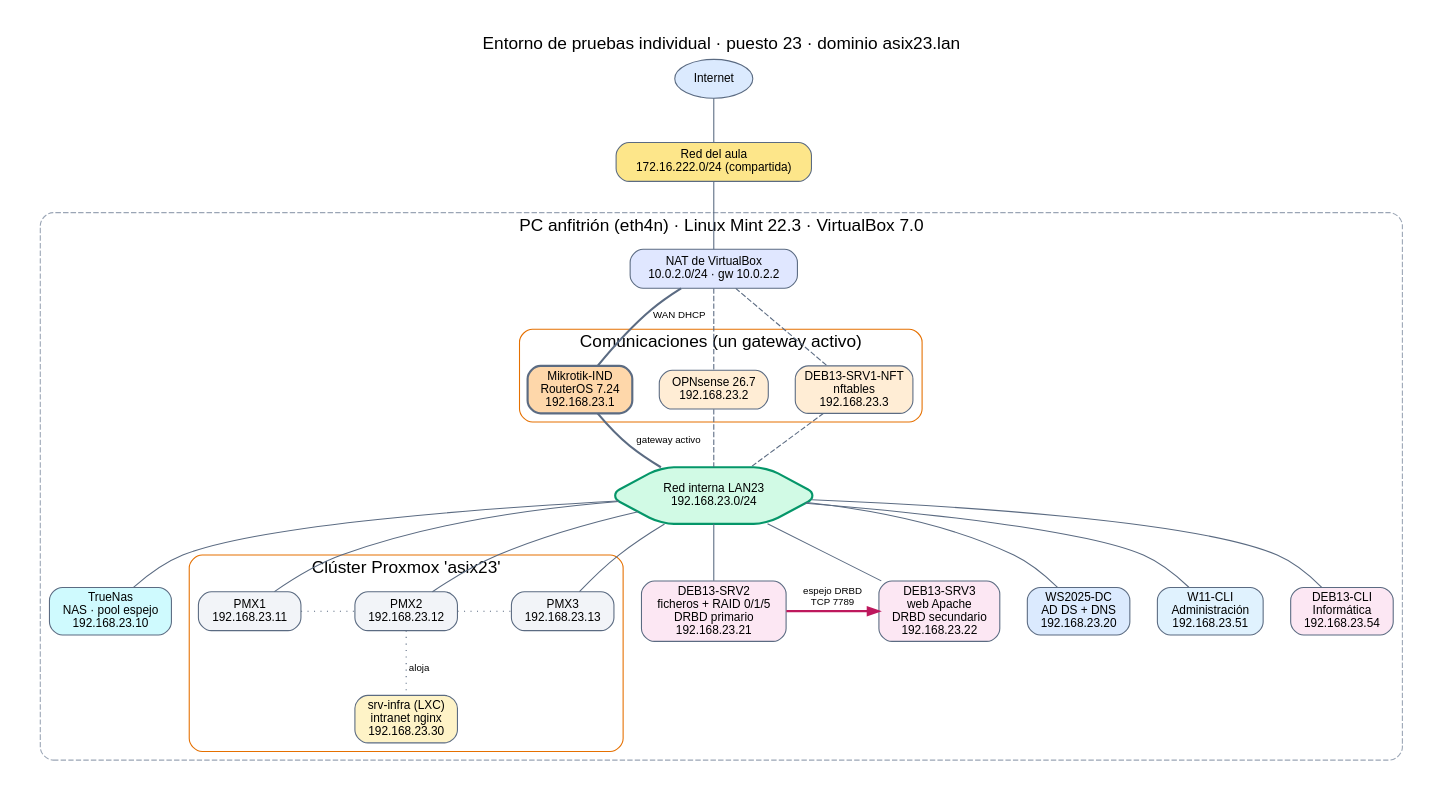
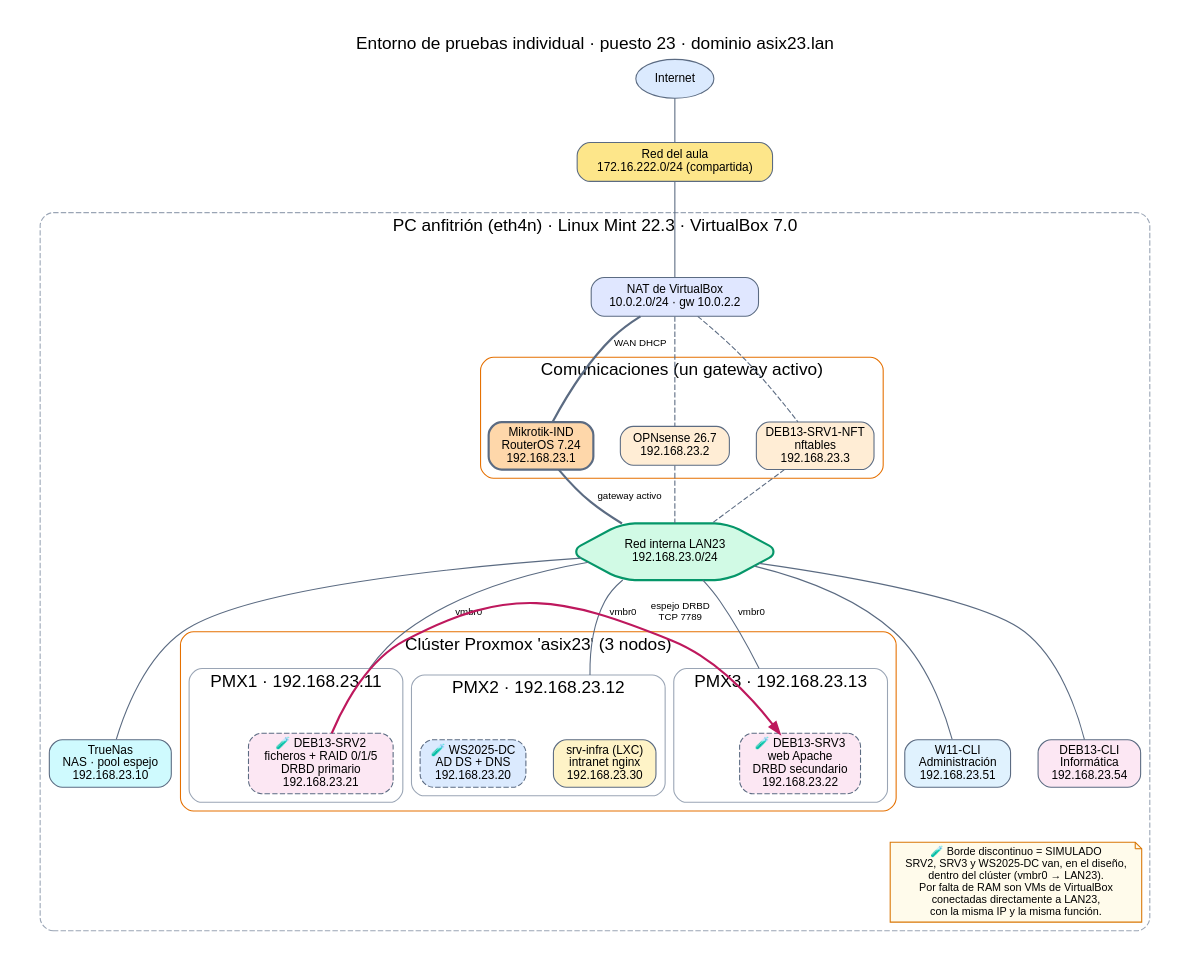
Before and after one commit to ethan3232/iso-naix-un-sistema-individual: the diagram in diagrames/esquema-red.dot, drawn with Graphviz. The commit also changed 6 other files, not shown here.

Commit message:
Esquema de red: DEB13-SRV2, DEB13-SRV3 y WS2025-DC dentro del clúster Proxmox (simulados fuera por falta de RAM), con reparto por nodos y explicación en 04 §5.1

```diff
--- a/diagrames/esquema-red.dot
+++ b/diagrames/esquema-red.dot
@@ -1,37 +1,44 @@
 // Esquema de red del entorno individual — LAN23 192.168.23.0/24
 // Exportar: dot -Tpng esquema-red.dot -o esquema-red.png ; dot -Tsvg esquema-red.dot -o esquema-red.svg
+// DEB13-SRV2, DEB13-SRV3 y WS2025-DC se dibujan DENTRO del clúster (diseño lógico, 🧪 simulado):
+// por falta de RAM son VMs de VirtualBox conectadas directamente a LAN23, con la misma IP que tendrían en Proxmox.
 digraph LAN23 {
-  graph [rankdir=TB, fontname="Helvetica", fontsize=12, bgcolor="white", pad=0.3, nodesep=0.35, ranksep=0.55,
+  graph [rankdir=TB, fontname="Helvetica", fontsize=12, bgcolor="white", pad=0.3, nodesep=0.35, ranksep=0.55, compound=true,
          label="Entorno de pruebas individual · puesto 23 · dominio asix23.lan", labelloc=t, fontsize=16];
   node  [shape=box, style="rounded,filled", fontname="Helvetica", fontsize=11, fillcolor="#f2f4f8", color="#5b6b82"];
   edge  [color="#5b6b82", arrowhead=none, fontname="Helvetica", fontsize=9];
 
   inet [label="Internet", shape=ellipse, fillcolor="#dbeafe"];
   aula [label="Red del aula\n172.16.222.0/24 (compartida)", fillcolor="#fde68a"];
   subgraph cluster_host { label="PC anfitrión (eth4n) · Linux Mint 22.3 · VirtualBox 7.0"; style="rounded,dashed"; color="#9aa5b5";
     nat [label="NAT de VirtualBox\n10.0.2.0/24 · gw 10.0.2.2", fillcolor="#e0e7ff"];
     subgraph cluster_com { label="Comunicaciones (un gateway activo)"; style=rounded; color="#e57000";
       mk  [label="Mikrotik-IND\nRouterOS 7.24\n192.168.23.1", fillcolor="#fed7aa", penwidth=2];
       opn [label="OPNsense 26.7\n192.168.23.2", fillcolor="#ffedd5"];
       deb [label="DEB13-SRV1-NFT\nnftables\n192.168.23.3", fillcolor="#ffedd5"];
     }
     sw [label="Red interna LAN23\n192.168.23.0/24", shape=hexagon, fillcolor="#d1fae5", color="#059669", penwidth=2];
     nas [label="TrueNas\nNAS · pool espejo\n192.168.23.10", fillcolor="#cffafe"];
-    subgraph cluster_pve { label="Clúster Proxmox 'asix23'"; style=rounded; color="#e57000";
-      p1 [label="PMX1\n192.168.23.11"]; p2 [label="PMX2\n192.168.23.12"]; p3 [label="PMX3\n192.168.23.13"];
-      ct [label="srv-infra (LXC)\nintranet nginx\n192.168.23.30", fillcolor="#fef3c7"];
+    subgraph cluster_pve { label="Clúster Proxmox 'asix23' (3 nodos)"; style=rounded; color="#e57000";
+      subgraph cluster_p1 { label="PMX1 · 192.168.23.11"; style="rounded"; color="#9aa5b5";
+        s2 [label="🧪 DEB13-SRV2\nficheros + RAID 0/1/5\nDRBD primario\n192.168.23.21", fillcolor="#fce7f3", style="rounded,filled,dashed"];
+      }
+      subgraph cluster_p2 { label="PMX2 · 192.168.23.12"; style="rounded"; color="#9aa5b5";
+        ct [label="srv-infra (LXC)\nintranet nginx\n192.168.23.30", fillcolor="#fef3c7"];
+        dc [label="🧪 WS2025-DC\nAD DS + DNS\n192.168.23.20", fillcolor="#dbeafe", style="rounded,filled,dashed"];
+      }
+      subgraph cluster_p3 { label="PMX3 · 192.168.23.13"; style="rounded"; color="#9aa5b5";
+        s3 [label="🧪 DEB13-SRV3\nweb Apache\nDRBD secundario\n192.168.23.22", fillcolor="#fce7f3", style="rounded,filled,dashed"];
+      }
     }
-    s2  [label="DEB13-SRV2\nficheros + RAID 0/1/5\nDRBD primario\n192.168.23.21", fillcolor="#fce7f3"];
-    s3  [label="DEB13-SRV3\nweb Apache\nDRBD secundario\n192.168.23.22", fillcolor="#fce7f3"];
-    dc  [label="WS2025-DC\nAD DS + DNS\n192.168.23.20", fillcolor="#dbeafe"];
+    ley [shape=note, style=filled, fillcolor="#fffbeb", color="#d97706", fontsize=10, label="🧪 Borde discontinuo = SIMULADO\nSRV2, SRV3 y WS2025-DC van, en el diseño,\ndentro del clúster (vmbr0 → LAN23).\nPor falta de RAM son VMs de VirtualBox\nconectadas directamente a LAN23,\ncon la misma IP y la misma función."];
     w11 [label="W11-CLI\nAdministración\n192.168.23.51", fillcolor="#e0f2fe"];
     dcl [label="DEB13-CLI\nInformática\n192.168.23.54", fillcolor="#fce7f3"];
   }
   inet -> aula -> nat;
   nat -> mk [label=" WAN DHCP", penwidth=2]; nat -> opn [style=dashed]; nat -> deb [style=dashed];
   mk -> sw [penwidth=2, label=" gateway activo"]; opn -> sw [style=dashed]; deb -> sw [style=dashed];
-  sw -> nas; sw -> p1; sw -> p2; sw -> p3; sw -> dc; sw -> w11; sw -> dcl; sw -> s2; sw -> s3;
-  p2 -> ct [style=dotted, label=" aloja"];
-  s2 -> s3 [dir=forward, arrowhead=normal, arrowtail=none, color="#be185d", penwidth=2, constraint=false, label=" espejo DRBD\n TCP 7789"];
-  p1 -> p2 [style=dotted, constraint=false]; p2 -> p3 [style=dotted, constraint=false];
+  sw -> nas; sw -> w11; sw -> dcl; dcl -> ley [style=invis];
+  sw -> s2 [lhead=cluster_p1, label=" vmbr0"]; sw -> ct [lhead=cluster_p2, label=" vmbr0"]; sw -> s3 [lhead=cluster_p3, label=" vmbr0"];
+  s2 -> s3 [dir=forward, arrowhead=normal, color="#be185d", penwidth=2, constraint=false, label=" espejo DRBD\n TCP 7789"];
 }
```
